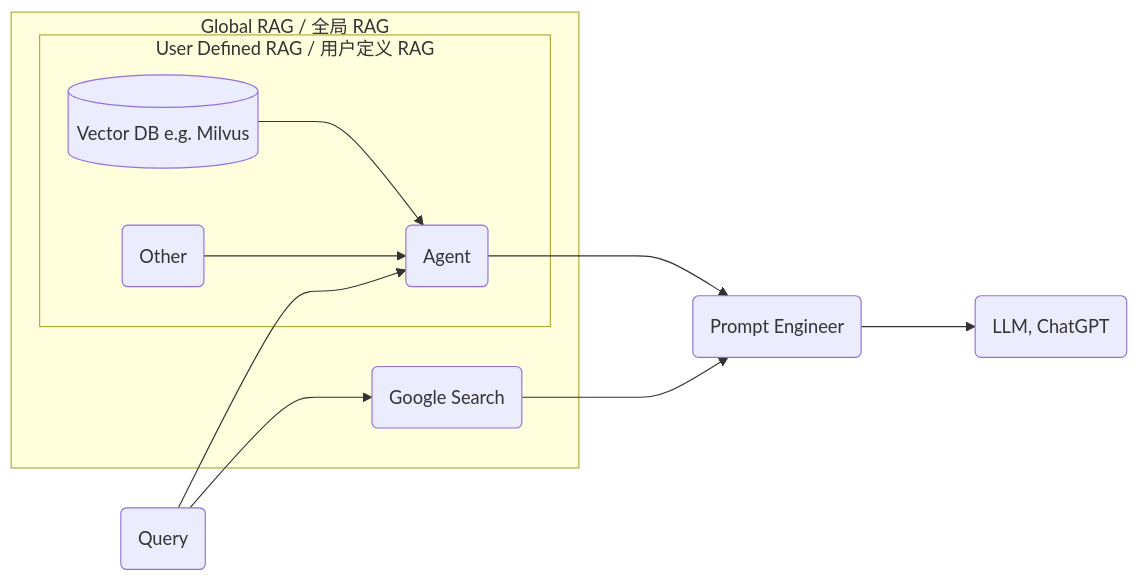
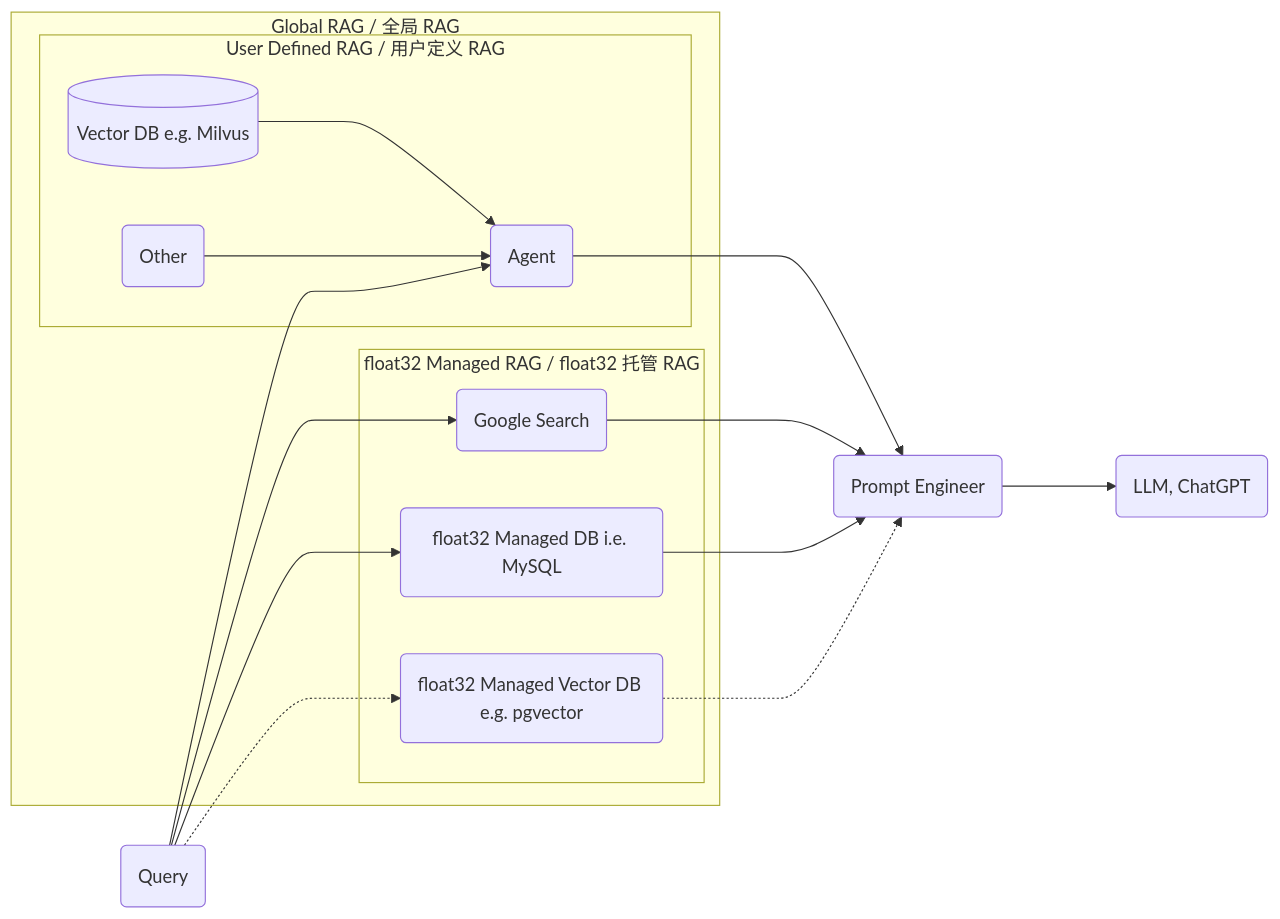
Before and after one commit to KevinZonda/float32: the diagram in README.md, drawn with Mermaid.

````diff
--- a/README.md
+++ b/README.md
@@ -10,23 +10,31 @@
 ```mermaid
 flowchart LR
     start(Query)
     
     agent(Agent)
     vdb[(Vector DB e.g. Milvus)]
     othr(Other)
     pt(Prompt Engineer)
     llm(LLM, ChatGPT)
     subgraph Global RAG / 全局 RAG
         subgraph User Defined RAG / 用户定义 RAG
-            vdb ---> agent
+            vdb  ---> agent
             othr ---> agent
         end
-        google(Google Search)
+        subgraph float32 Managed RAG / float32 托管 RAG
+            google(Google Search)
+            db(float32 Managed DB i.e. MySQL)
+            mvdb(float32 Managed Vector DB e.g. pgvector)
+        end
     end
-    start ---> google
-    start ---> agent
+    start  ---> google
+    start  ---> agent
+    start  ---> db
+    start  ..-> mvdb
+    db     ---> pt
+    mvdb   ..-> pt
     google ---> pt
     agent  ---> pt
     pt     ---> llm
 
 ```
````
